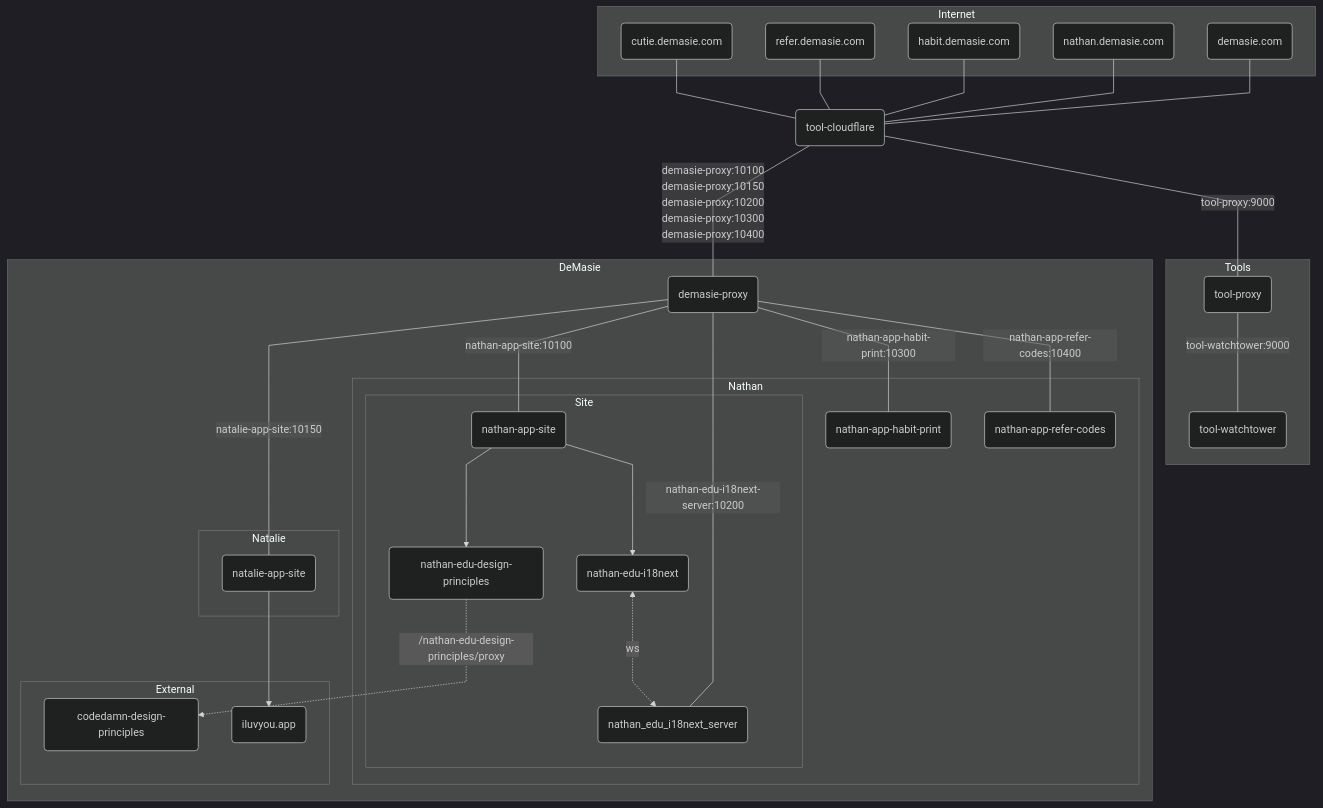
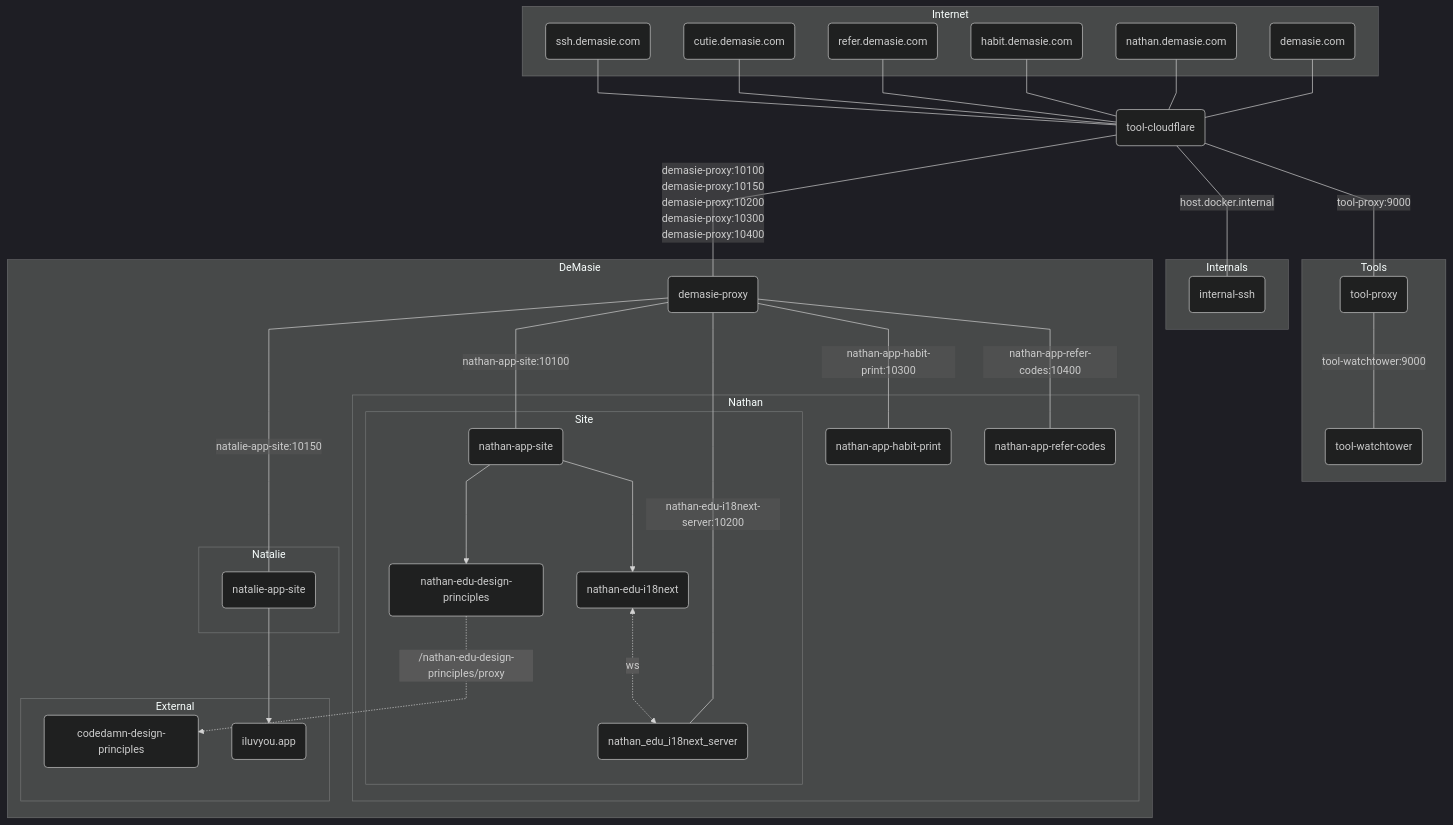
One commit to ndemasie/demasie.com changed the diagram in README.md. Above: the diagram before and after it, drawn with Mermaid. The commit also changed other lines of this file and 1 other file, not shown here.

Commit message:
Feat/infra-cloudflared-ssh (#35)
* feat(ssh): support remote ssh with auth_key

```diff
--- a/README.md
+++ b/README.md
@@ -28,9 +29,14 @@
     domain_habit("habit.demasie.com")
     domain_refer("refer.demasie.com")
     domain_cutie("cutie.demasie.com")
+    domain_ssh("ssh.demasie.com")
   end
 
   tool_cloudflare(tool-cloudflare)
+
+  subgraph Internals
+    internal_ssh(internal-ssh)
+  end
 
   subgraph Tools
     tool_proxy(tool-proxy)
@@ -69,9 +75,11 @@
   domain_habit --- tool_cloudflare
   domain_refer --- tool_cloudflare
   domain_cutie --- tool_cloudflare
+  domain_ssh --- tool_cloudflare
 
   tool_cloudflare ---|<div>demasie-proxy:10100</br>demasie-proxy:10150</br>demasie-proxy:10200</br>demasie-proxy:10300</br>demasie-proxy:10400</br></div>| demasie_proxy
   tool_cloudflare ---|<div>tool-proxy:9000</div>| tool_proxy
+  tool_cloudflare ---|<div>host.docker.internal</div>| internal_ssh
 
   demasie_proxy ---|<div>nathan-app-site:10100</div>| nathan_app_site
   demasie_proxy ---|<div>natalie-app-site:10150</div>| natalie_app_site
```
